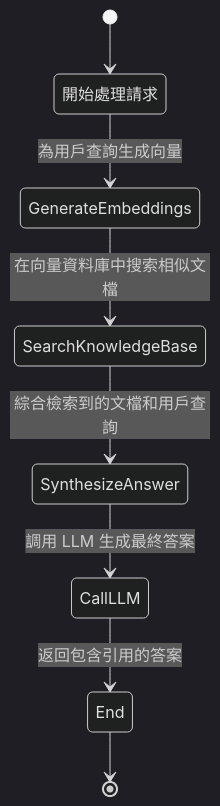
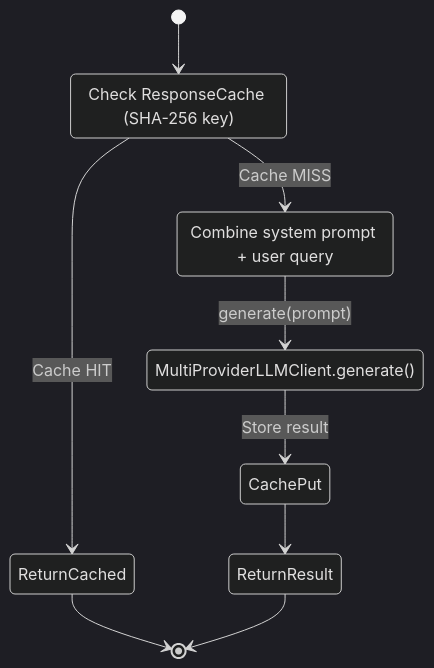
The second of 7 diagrams in Architecture_Refactoring_Toolkit/project_docs/11_processing_mode_state_machines.md (Zenobia000/openagent_backend), drawn with Mermaid (dark theme) before and after one commit. The commit also changed other lines of this file and 108 other files, not shown here.

````diff
--- a/Architecture_Refactoring_Toolkit/project_docs/11_processing_mode_state_machines.md
+++ b/Architecture_Refactoring_Toolkit/project_docs/11_processing_mode_state_machines.md
@@ -50,11 +75,17 @@
 ```mermaid
 stateDiagram-v2
-    [*] --> Start
-    Start: 開始處理請求
-    Start --> GenerateEmbeddings: 為用戶查詢生成向量
-    GenerateEmbeddings --> SearchKnowledgeBase: 在向量資料庫中搜索相似文檔
-    SearchKnowledgeBase --> SynthesizeAnswer: 綜合檢索到的文檔和用戶查詢
-    SynthesizeAnswer --> CallLLM: 調用 LLM 生成最終答案
-    CallLLM --> End: 返回包含引用的答案
-    End --> [*]
+    [*] --> CacheCheck
+    CacheCheck: Check ResponseCache (SHA-256 key)
+
+    state CacheCheck <<choice>>
+    CacheCheck --> ReturnCached: Cache HIT
+    CacheCheck --> BuildPrompt: Cache MISS
+
+    BuildPrompt: Combine system prompt + user query
+    BuildPrompt --> CallLLM: generate(prompt)
+    CallLLM: MultiProviderLLMClient.generate()
+    CallLLM --> CachePut: Store result
+    CachePut --> ReturnResult
+    ReturnCached --> [*]
+    ReturnResult --> [*]
 ```
````
